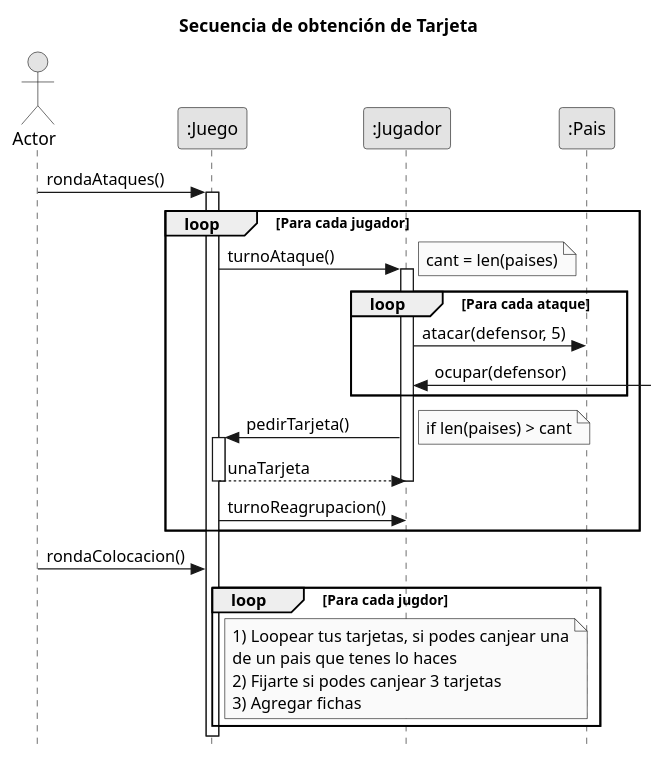
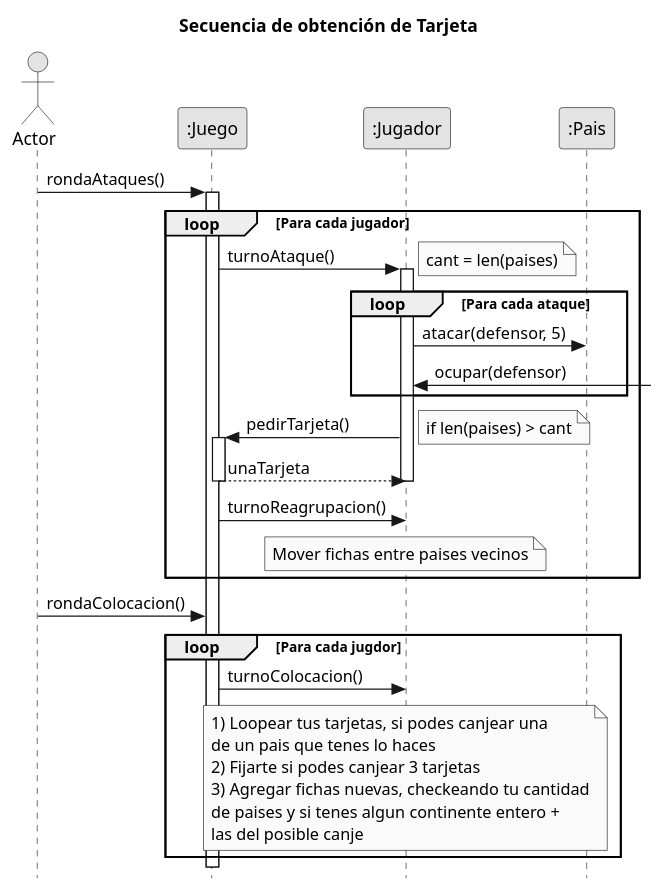
One commit to Gabrielsem/A.L.T.E.G.O. changed the diagram in UML/tarjetas.plantuml. Above: the diagram before and after it, drawn with PlantUML.

Commit message:
Actualizo diagrama tarjetas

```diff
--- a/UML/tarjetas.plantuml
+++ b/UML/tarjetas.plantuml
@@ -1,40 +1,46 @@
 @startuml
 title Secuencia de obtención de Tarjeta
 skinparam responseMessageBelowArrow true
 skinparam monochrome true
 skinparam style strictuml
 hide footbox
 
 actor Actor
 participant jueg as ":Juego"
 participant jug as ":Jugador"
 participant pais as ":Pais"
 
 Actor -> jueg ++: rondaAtaques()
 
 loop Para cada jugador
     jueg -> jug ++: turnoAtaque()
     note right: cant = len(paises)
     loop Para cada ataque
         jug -> pais: atacar(defensor, 5)
         jug <-] : ocupar(defensor)
     end loop
 
     jug -> jueg ++: pedirTarjeta()
     note right: if len(paises) > cant
     jueg --> jug --: unaTarjeta
     deactivate jug
 
     jueg -> jug: turnoReagrupacion()
+    note over jug
+        Mover fichas entre paises vecinos
+    end note
 end loop
 
 Actor -> jueg: rondaColocacion()
 loop Para cada jugdor
+    jueg -> jug: turnoColocacion()
     note over jug
         1) Loopear tus tarjetas, si podes canjear una
         de un pais que tenes lo haces
         2) Fijarte si podes canjear 3 tarjetas
-        3) Agregar fichas
+        3) Agregar fichas nuevas, checkeando tu cantidad
+        de paises y si tenes algun continente entero + 
+        las del posible canje
     end note
 end loop
 @enduml
```
